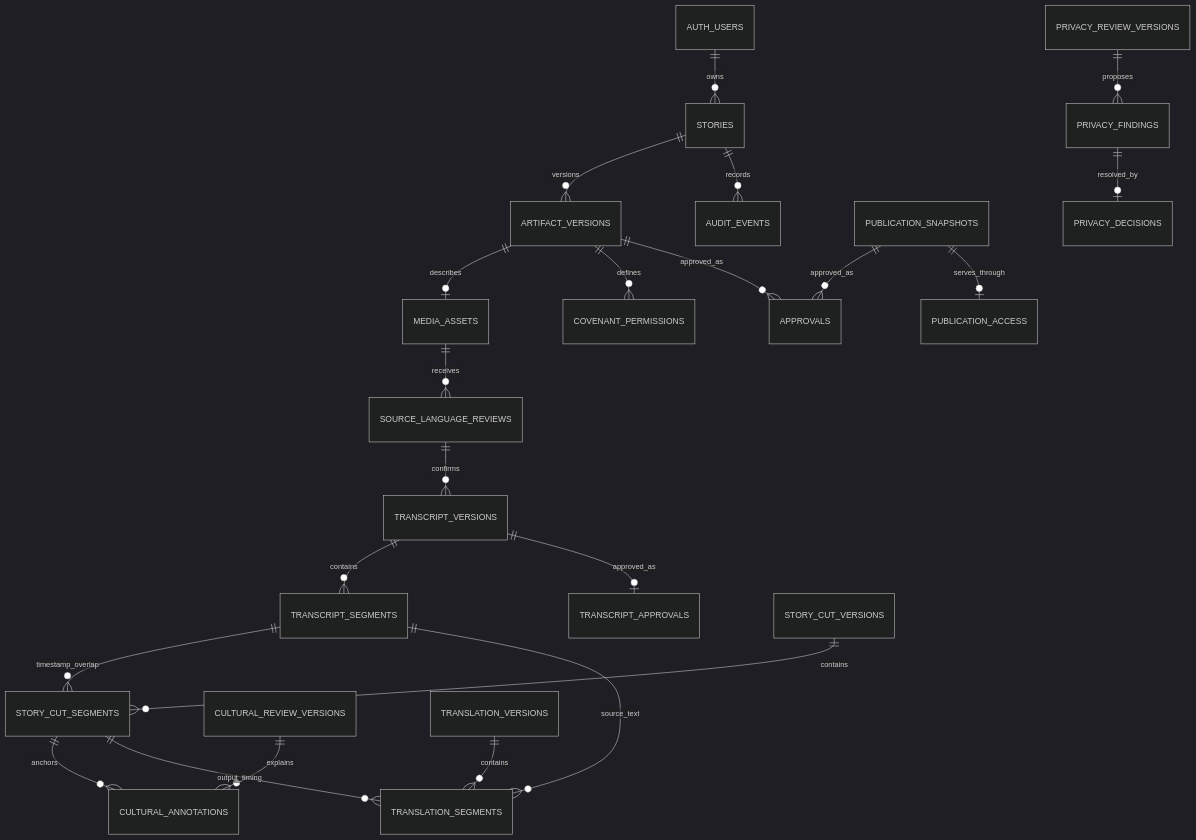
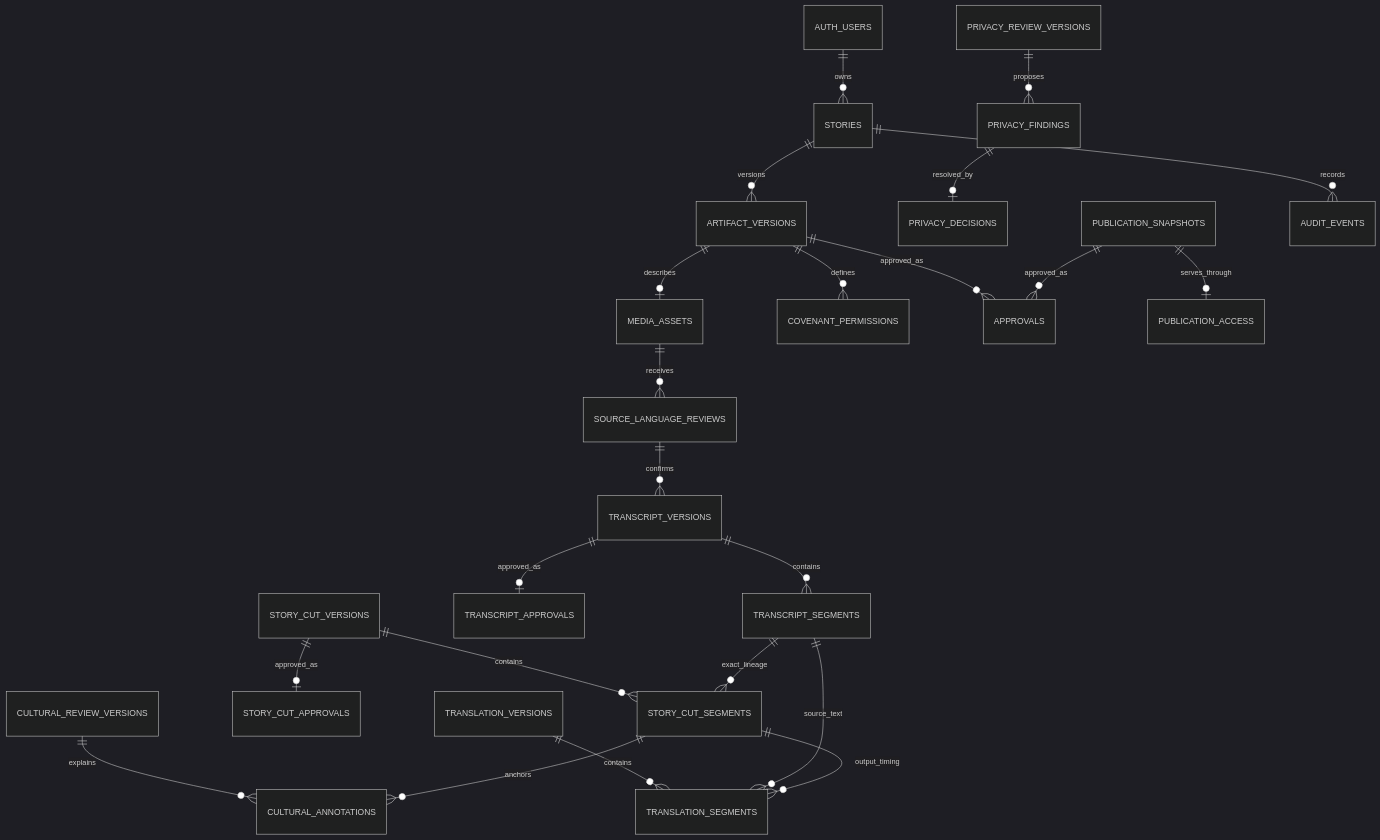
One commit to Olugbenga-Aderoba/irin-stories changed the diagram in docs/data-model.md. Above: the diagram before and after it, drawn with Mermaid (dark theme). The commit also changed other lines of this file and 13 other files, not shown here.

Commit message:
feat: add versioned Story Cut workflow

````diff
--- a/docs/data-model.md
+++ b/docs/data-model.md
@@ -23,24 +23,25 @@
 ```mermaid
 erDiagram
   AUTH_USERS ||--o{ STORIES : owns
   STORIES ||--o{ ARTIFACT_VERSIONS : versions
   ARTIFACT_VERSIONS ||--o| MEDIA_ASSETS : describes
   MEDIA_ASSETS ||--o{ SOURCE_LANGUAGE_REVIEWS : receives
   SOURCE_LANGUAGE_REVIEWS ||--o{ TRANSCRIPT_VERSIONS : confirms
   TRANSCRIPT_VERSIONS ||--o{ TRANSCRIPT_SEGMENTS : contains
   TRANSCRIPT_VERSIONS ||--o| TRANSCRIPT_APPROVALS : approved_as
   STORY_CUT_VERSIONS ||--o{ STORY_CUT_SEGMENTS : contains
-  TRANSCRIPT_SEGMENTS ||--o{ STORY_CUT_SEGMENTS : timestamp_overlap
+  STORY_CUT_VERSIONS ||--o| STORY_CUT_APPROVALS : approved_as
+  TRANSCRIPT_SEGMENTS ||--o{ STORY_CUT_SEGMENTS : exact_lineage
   CULTURAL_REVIEW_VERSIONS ||--o{ CULTURAL_ANNOTATIONS : explains
   STORY_CUT_SEGMENTS ||--o{ CULTURAL_ANNOTATIONS : anchors
   TRANSLATION_VERSIONS ||--o{ TRANSLATION_SEGMENTS : contains
   TRANSCRIPT_SEGMENTS ||--o{ TRANSLATION_SEGMENTS : source_text
   STORY_CUT_SEGMENTS ||--o{ TRANSLATION_SEGMENTS : output_timing
   PRIVACY_REVIEW_VERSIONS ||--o{ PRIVACY_FINDINGS : proposes
   PRIVACY_FINDINGS ||--o| PRIVACY_DECISIONS : resolved_by
   ARTIFACT_VERSIONS ||--o{ COVENANT_PERMISSIONS : defines
   ARTIFACT_VERSIONS ||--o{ APPROVALS : approved_as
   PUBLICATION_SNAPSHOTS ||--o{ APPROVALS : approved_as
   PUBLICATION_SNAPSHOTS ||--o| PUBLICATION_ACCESS : serves_through
   STORIES ||--o{ AUDIT_EVENTS : records
 ```
````
